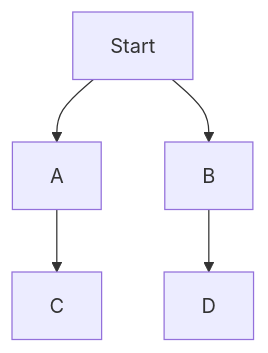
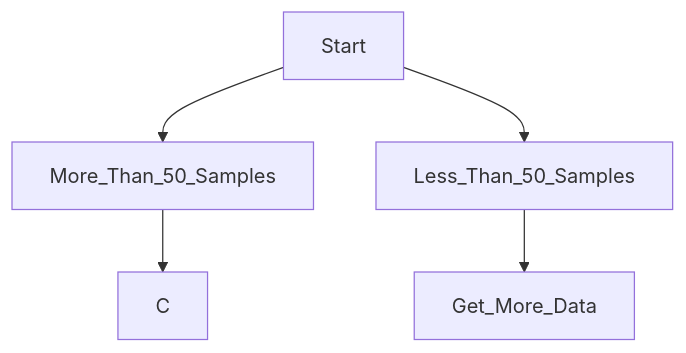
The diagram in ML_Cheatsheet.md (hwetsman/Public_Notes), drawn with Mermaid before and after one commit.

````diff
--- a/ML_Cheatsheet.md
+++ b/ML_Cheatsheet.md
@@ -1,11 +1,11 @@
 ```mermaid
 flowchart TD
-Start --> A
-  A --> C
+Start --> More_Than_50_Samples
+  More_Than_50_Samples --> C
 
 
-Start --> B
-  B --> D
+Start --> Less_Than_50_Samples
+  Less_Than_50_Samples --> Get_More_Data
 
 
 ```
````
